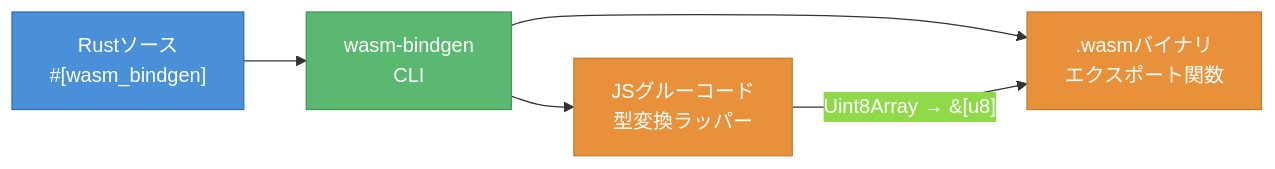
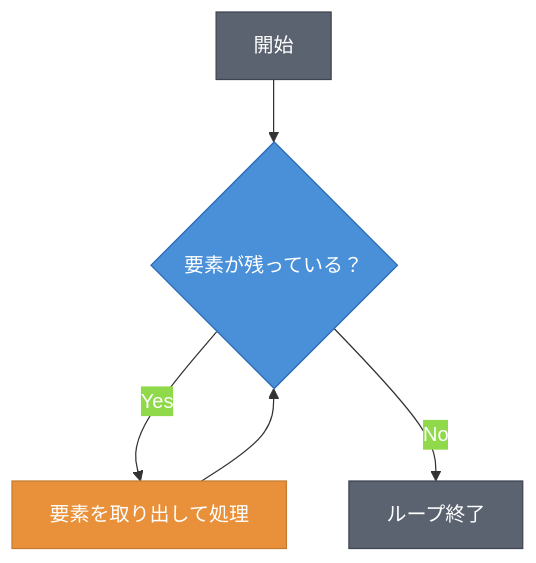
Before and after one commit to sogawa-yk/claude-code-book-write-template-test: the second of 4 diagrams in manuscript/ch03/ch03.md, drawn with Mermaid. The commit also changed other lines of this file and 5 other files, not shown here.

````diff
--- a/manuscript/ch03/ch03.md
+++ b/manuscript/ch03/ch03.md
@@ -63,13 +71,13 @@
 ```mermaid
 %%{init: {'theme': 'base', 'themeVariables': {'primaryColor': '#4A90D9', 'primaryTextColor': '#FFFFFF', 'primaryBorderColor': '#2A6CB6', 'lineColor': '#333333', 'textColor': '#1A1A1A', 'background': 'transparent'}}}%%
-graph LR
-    A["Rustソース<br/>#[wasm_bindgen]"]:::main --> B["wasm-bindgen<br/>CLI"]:::tool
-    B --> C["JSグルーコード<br/>型変換ラッパー"]:::sub
-    B --> D[".wasmバイナリ<br/>エクスポート関数"]:::sub
-    C -->|"Uint8Array → &[u8]"| D
+flowchart TD
+    Start[開始]:::user --> Check{要素が残っている？}:::main
+    Check -->|Yes| Body[要素を取り出して処理]:::sub
+    Body --> Check
+    Check -->|No| End[ループ終了]:::user
 
     classDef main fill:#4A90D9,stroke:#2A6CB6,color:#FFFFFF
     classDef sub fill:#E8913A,stroke:#C47A2F,color:#FFFFFF
     classDef tool fill:#5BB870,stroke:#3D9A50,color:#FFFFFF
     classDef user fill:#5C6370,stroke:#3D4450,color:#FFFFFF
 ```
````
